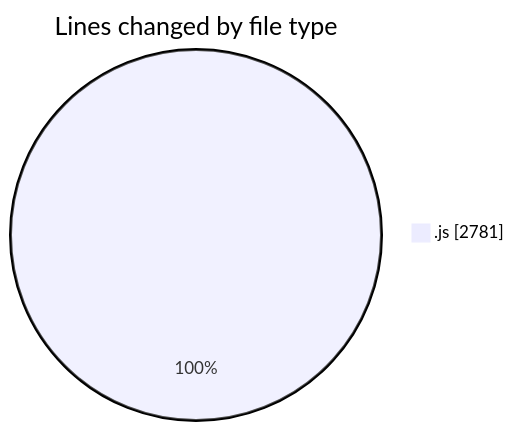
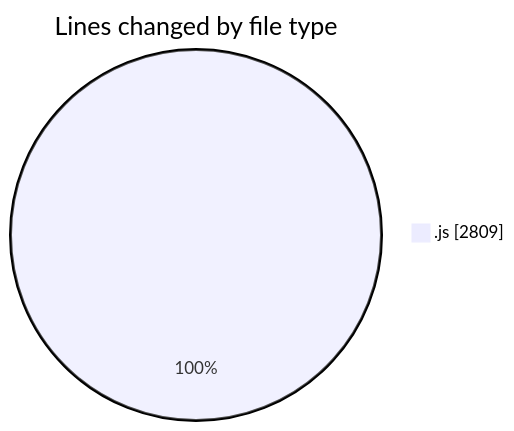
Before and after one commit to nxtqubesakshisongat/code-tracking: the first of 2 diagrams in 2025-10-15/nxtqube_webapp/README.md, drawn with Mermaid. The commit also changed other lines of this file and 1 other file, not shown here.

````diff
--- a/2025-10-15/nxtqube_webapp/README.md
+++ b/2025-10-15/nxtqube_webapp/README.md
@@ -21,5 +21,5 @@
 ```mermaid
 pie showData
 title Lines changed by file type
-".js" : 2781
+".js" : 2809
 ```
````
